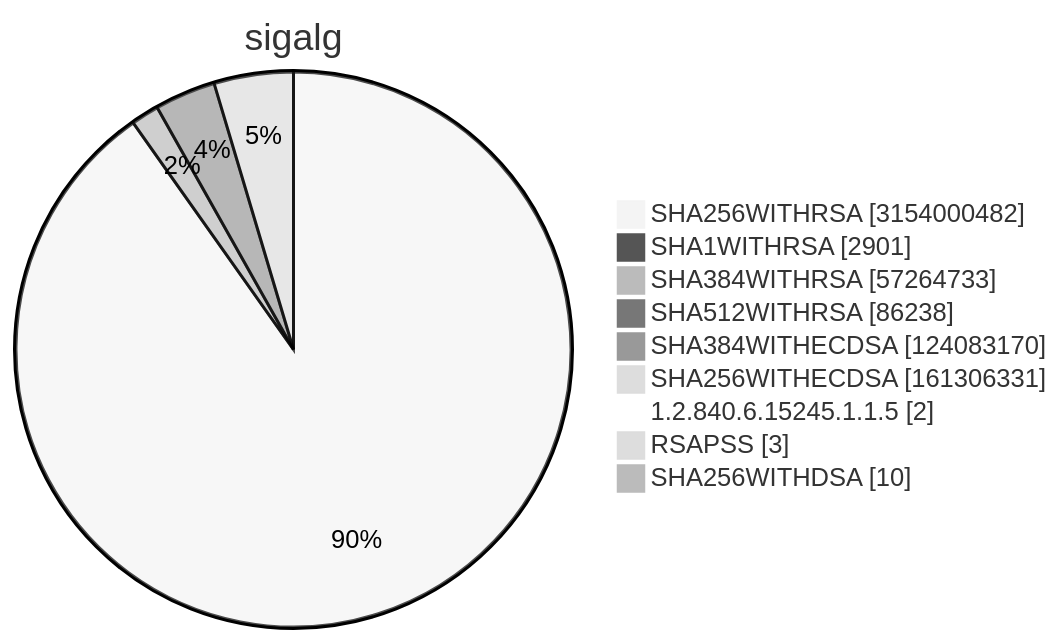
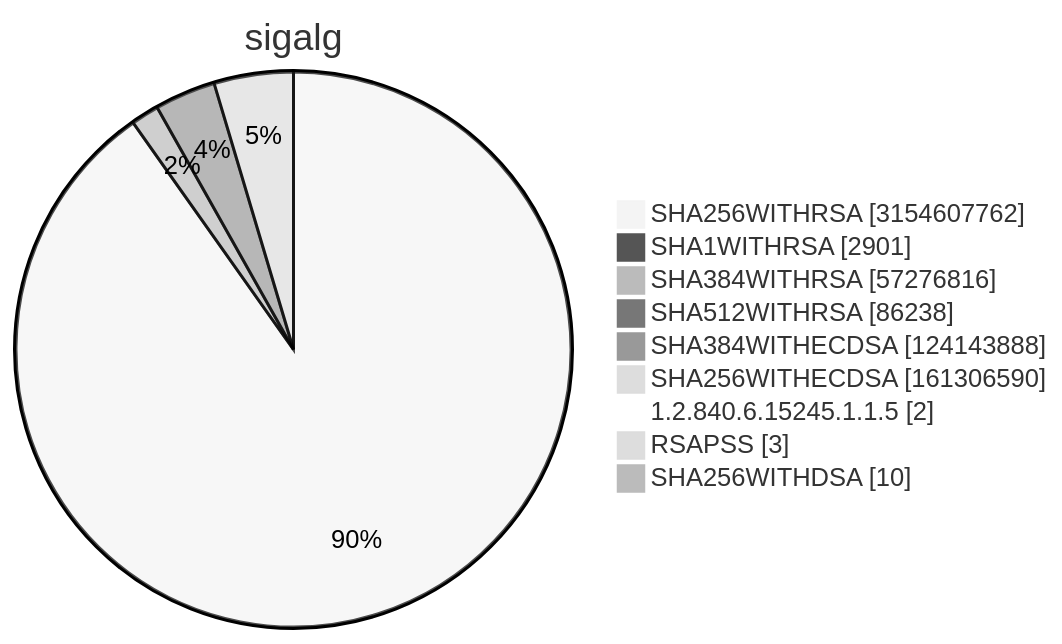
One commit to christiankrug/ctmonitor_visualization changed diagram 15 of 15 in TOTAL/README.md. Above: the diagram before and after it, drawn with Mermaid (neutral theme). The commit also changed other lines of this file, not shown here.

````diff
--- a/TOTAL/README.md
+++ b/TOTAL/README.md
@@ -6213,13 +6213,13 @@
 ```mermaid
 pie showData
 title sigalg
-"SHA256WITHRSA" :3154000482
+"SHA256WITHRSA" :3154607762
 "SHA1WITHRSA" :2901
-"SHA384WITHRSA" :57264733
+"SHA384WITHRSA" :57276816
 "SHA512WITHRSA" :86238
-"SHA384WITHECDSA" :124083170
-"SHA256WITHECDSA" :161306331
+"SHA384WITHECDSA" :124143888
+"SHA256WITHECDSA" :161306590
 "1.2.840.6.15245.1.1.5" :2
 "RSAPSS" :3
 "SHA256WITHDSA" :10
 ```
````
